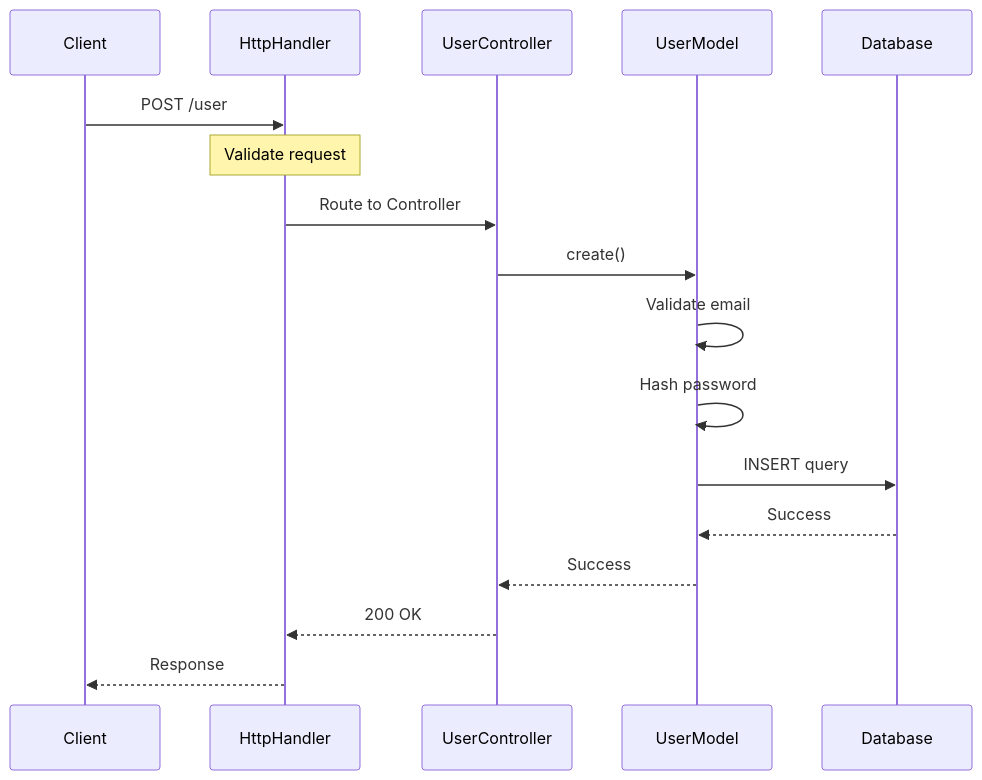
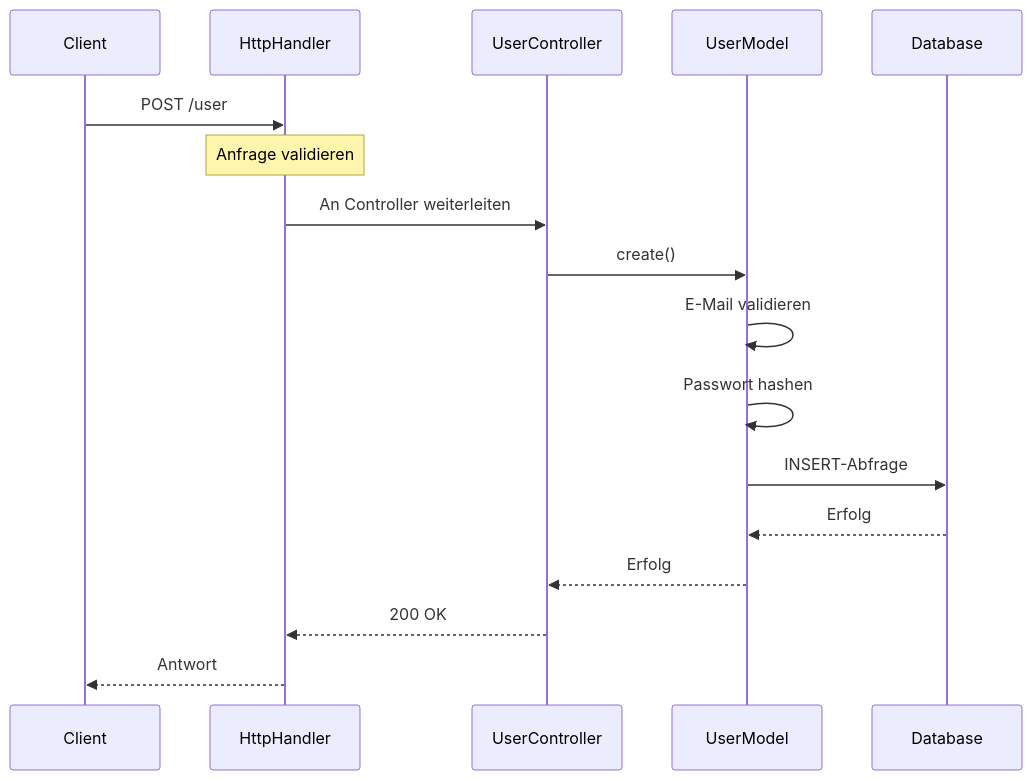
One commit to secure73/MicrosPy changed the second of 4 diagrams in DOCUMENTATION.de.md. Above: the diagram before and after it, drawn with Mermaid. The commit also changed other lines of this file, not shown here.

````diff
--- a/DOCUMENTATION.de.md
+++ b/DOCUMENTATION.de.md
@@ -522,20 +521,20 @@
 ```mermaid
 sequenceDiagram
     participant Client
     participant HttpHandler
     participant UserController
     participant UserModel
     participant Database
 
     Client->>HttpHandler: POST /user
-    Note over HttpHandler: Validate request
-    HttpHandler->>UserController: Route to Controller
+    Note over HttpHandler: Anfrage validieren
+    HttpHandler->>UserController: An Controller weiterleiten
     UserController->>UserModel: create()
-    UserModel->>UserModel: Validate email
-    UserModel->>UserModel: Hash password
-    UserModel->>Database: INSERT query
-    Database-->>UserModel: Success
-    UserModel-->>UserController: Success
+    UserModel->>UserModel: E-Mail validieren
+    UserModel->>UserModel: Passwort hashen
+    UserModel->>Database: INSERT-Abfrage
+    Database-->>UserModel: Erfolg
+    UserModel-->>UserController: Erfolg
     UserController-->>HttpHandler: 200 OK
-    HttpHandler-->>Client: Response
+    HttpHandler-->>Client: Antwort
 ```
````
